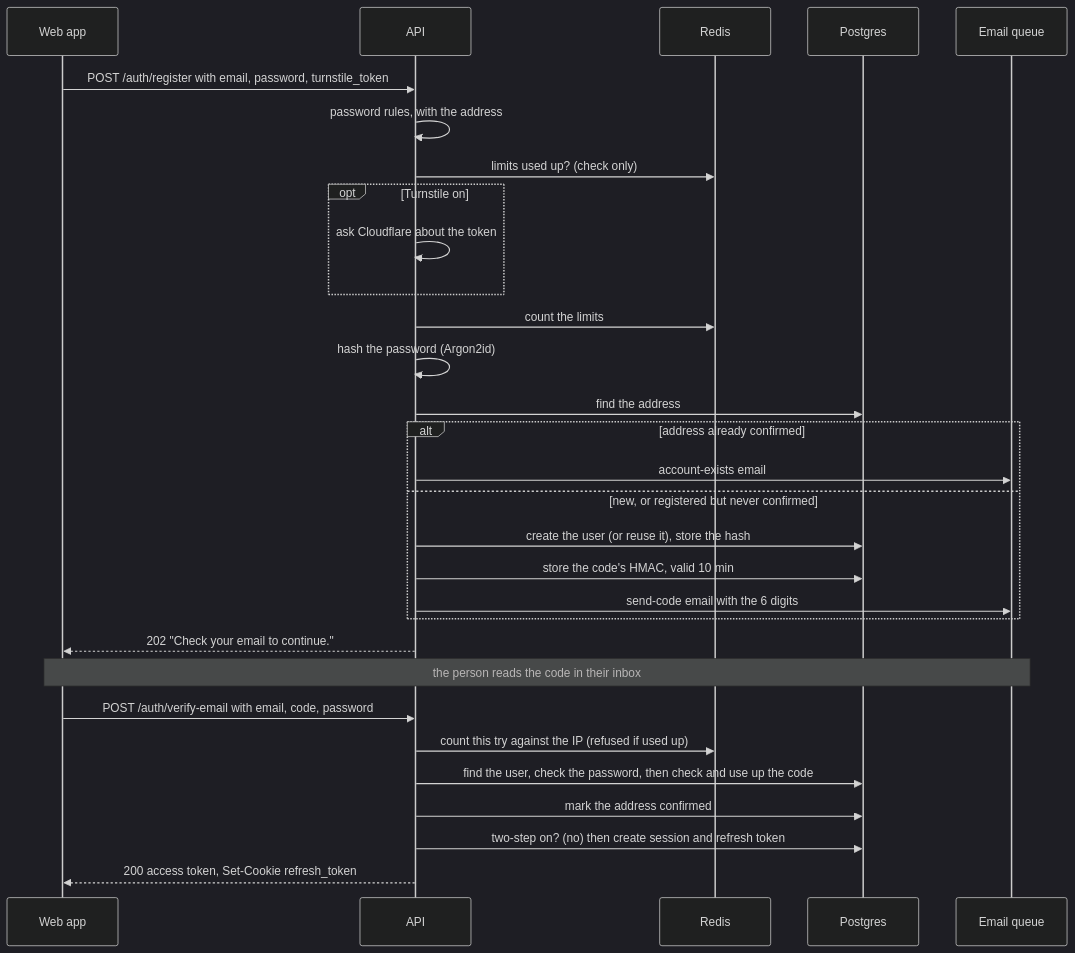
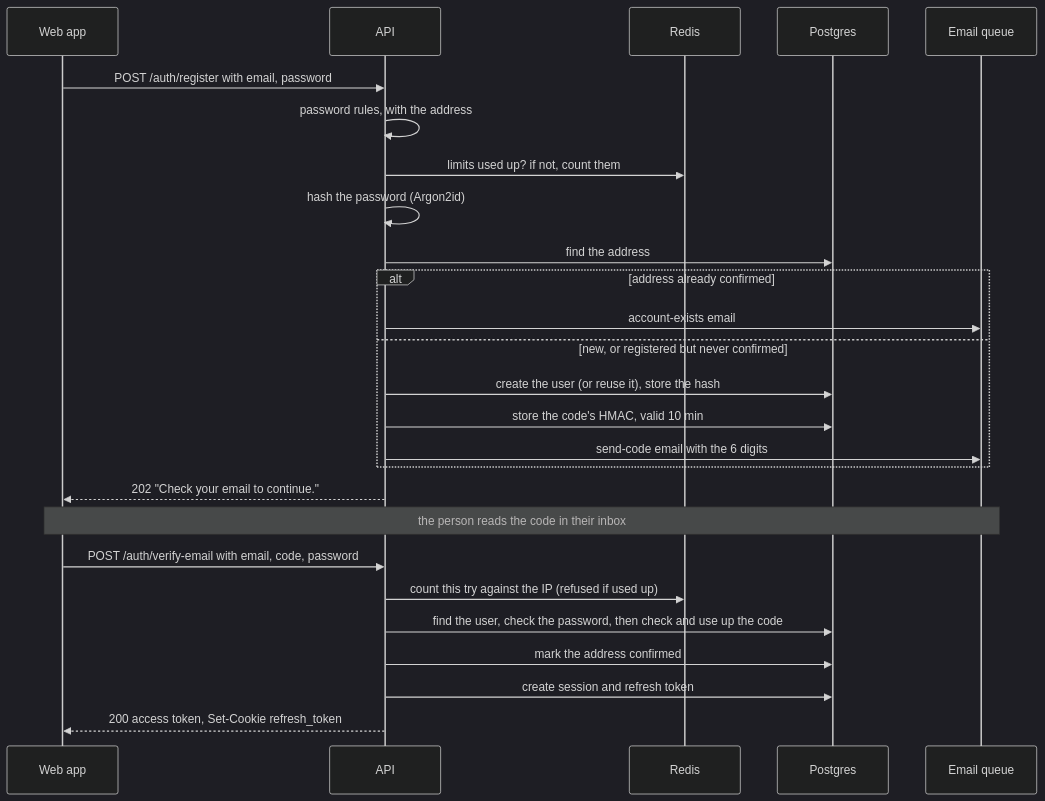
Before and after one commit to StoriuSs/NezFocus-Backend: the first of 11 diagrams in docs/auth/flows.md, drawn with Mermaid (dark theme). The commit also changed other lines of this file and 177 other files, not shown here.

First line of the commit message:
refactor(auth): remove two-step sign-in and Turnstile

````diff
--- a/docs/auth/flows.md
+++ b/docs/auth/flows.md
@@ -54,32 +51,28 @@
 ```mermaid
 sequenceDiagram
     participant W as Web app
     participant A as API
     participant R as Redis
     participant P as Postgres
     participant Q as Email queue
-    W->>A: POST /auth/register with email, password, turnstile_token
+    W->>A: POST /auth/register with email, password
     A->>A: password rules, with the address
-    A->>R: limits used up? (check only)
-    opt Turnstile on
-        A->>A: ask Cloudflare about the token
-    end
-    A->>R: count the limits
+    A->>R: limits used up? if not, count them
     A->>A: hash the password (Argon2id)
     A->>P: find the address
     alt address already confirmed
         A->>Q: account-exists email
     else new, or registered but never confirmed
         A->>P: create the user (or reuse it), store the hash
         A->>P: store the code's HMAC, valid 10 min
         A->>Q: send-code email with the 6 digits
     end
     A-->>W: 202 "Check your email to continue."
     Note over W,Q: the person reads the code in their inbox
     W->>A: POST /auth/verify-email with email, code, password
     A->>R: count this try against the IP (refused if used up)
     A->>P: find the user, check the password, then check and use up the code
     A->>P: mark the address confirmed
-    A->>P: two-step on? (no) then create session and refresh token
+    A->>P: create session and refresh token
     A-->>W: 200 access token, Set-Cookie refresh_token
 ```
````
